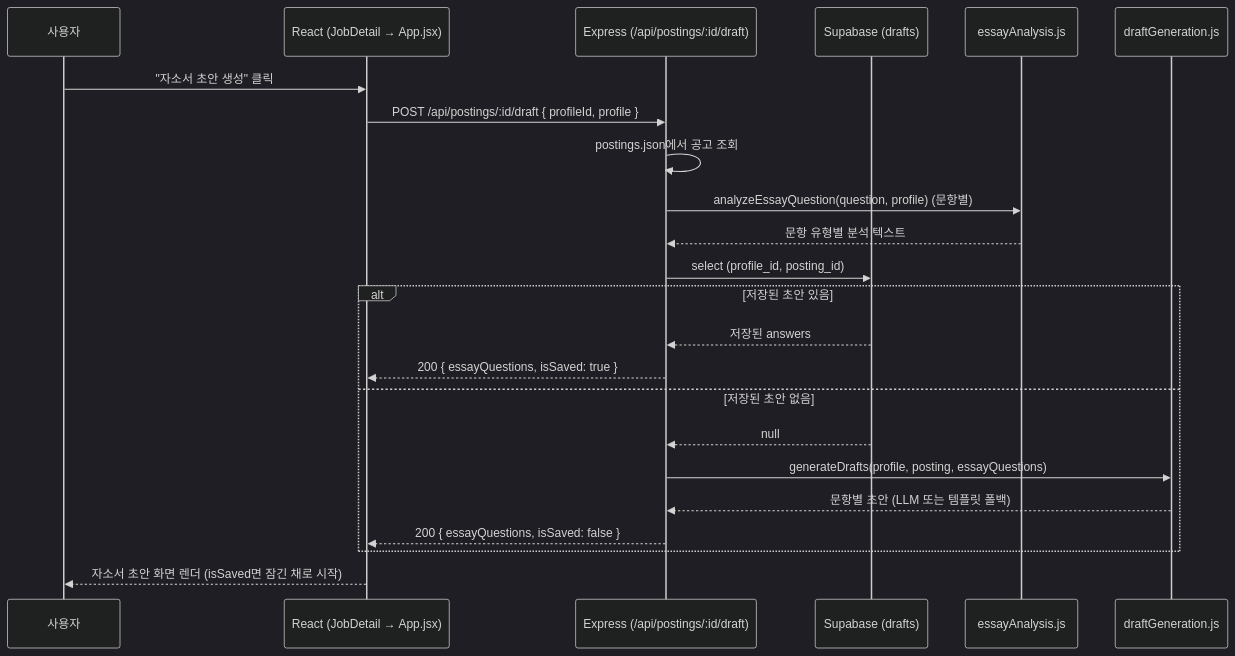
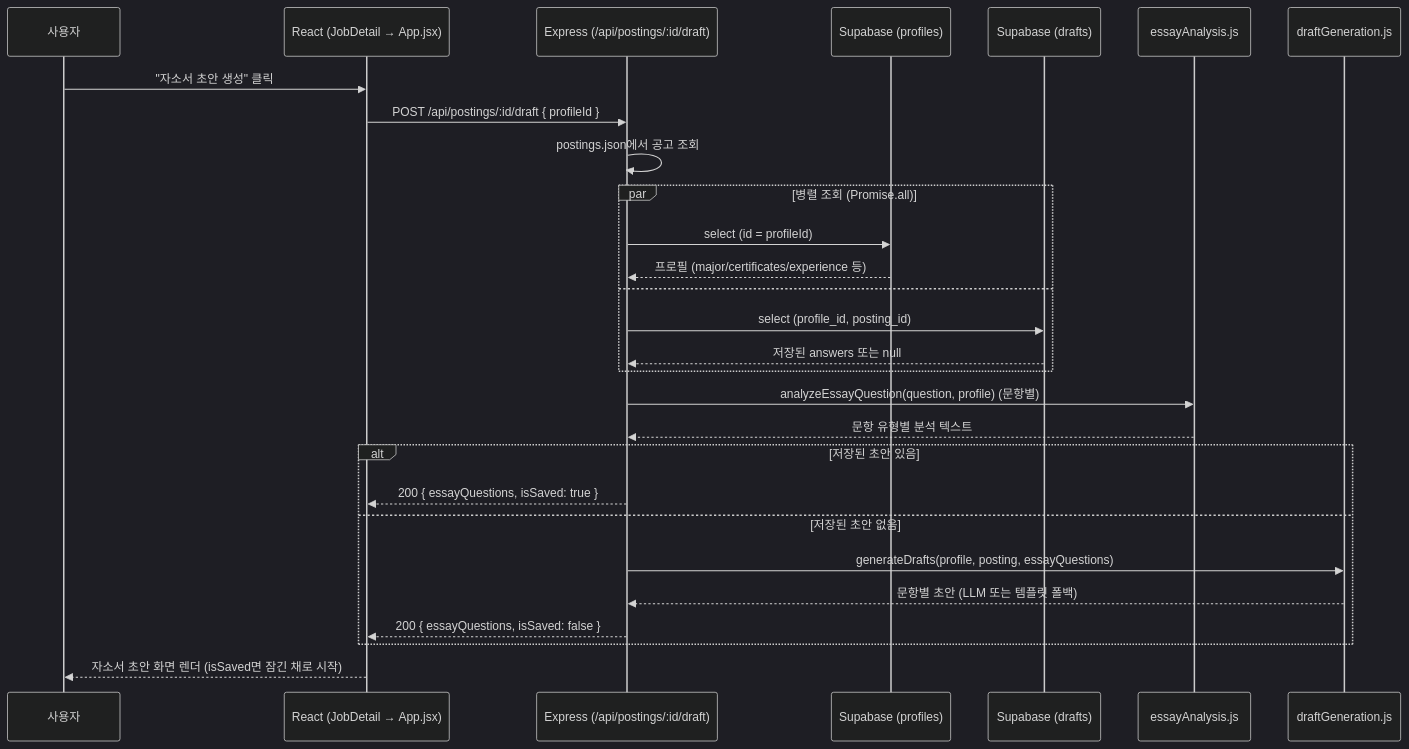
Before and after one commit to Mureung1/hub-showcase: the fourth of 6 diagrams in README.md, drawn with Mermaid (dark theme). The commit also changed other lines of this file and 2 other files, not shown here.

First line of the commit message:
docs: kick off 4주차 with issue tracking and an Agent workflow diagram

````diff
--- a/README.md
+++ b/README.md
@@ -179,26 +181,31 @@
 ```mermaid
 sequenceDiagram
     participant U as 사용자
     participant F as React (JobDetail → App.jsx)
     participant E as Express (/api/postings/:id/draft)
-    participant S as Supabase (drafts)
+    participant SP as Supabase (profiles)
+    participant SD as Supabase (drafts)
     participant A as essayAnalysis.js
     participant D as draftGeneration.js
 
     U->>F: "자소서 초안 생성" 클릭
-    F->>E: POST /api/postings/:id/draft { profileId, profile }
+    F->>E: POST /api/postings/:id/draft { profileId }
     E->>E: postings.json에서 공고 조회
+    par 병렬 조회 (Promise.all)
+        E->>SP: select (id = profileId)
+        SP-->>E: 프로필 (major/certificates/experience 등)
+    and
+        E->>SD: select (profile_id, posting_id)
+        SD-->>E: 저장된 answers 또는 null
+    end
     E->>A: analyzeEssayQuestion(question, profile) (문항별)
     A-->>E: 문항 유형별 분석 텍스트
-    E->>S: select (profile_id, posting_id)
     alt 저장된 초안 있음
-        S-->>E: 저장된 answers
         E-->>F: 200 { essayQuestions, isSaved: true }
     else 저장된 초안 없음
-        S-->>E: null
         E->>D: generateDrafts(profile, posting, essayQuestions)
         D-->>E: 문항별 초안 (LLM 또는 템플릿 폴백)
         E-->>F: 200 { essayQuestions, isSaved: false }
     end
     F-->>U: 자소서 초안 화면 렌더 (isSaved면 잠긴 채로 시작)
 ```
````
